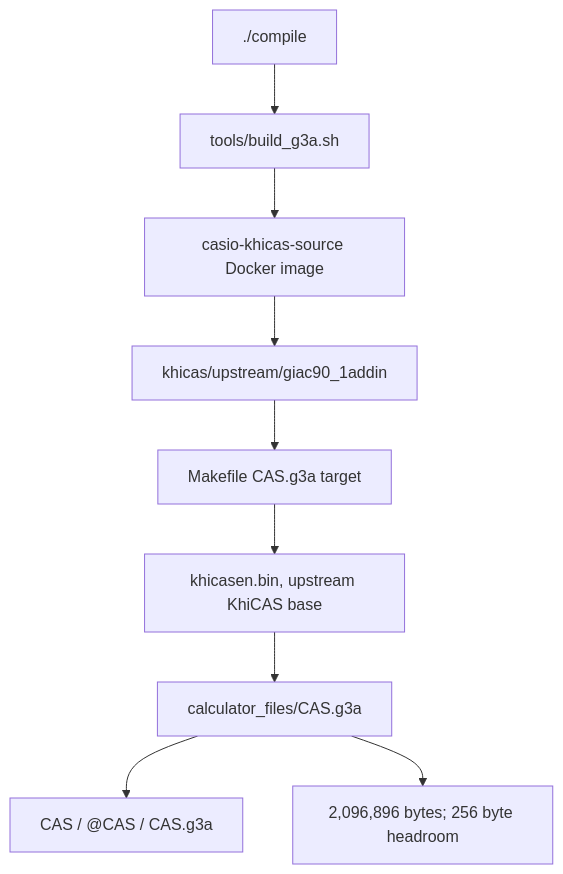
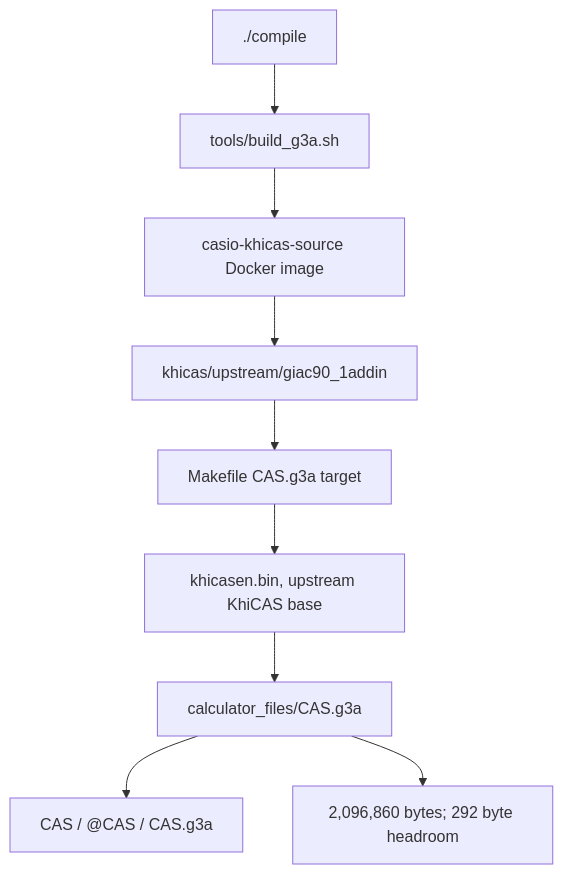
The first of 5 diagrams in docs/GRAPH.md (james8464/notes-addin-casio-fx-cg50), drawn with Mermaid before and after one commit. The commit also changed other lines of this file and 4 other files, not shown here.

````diff
--- a/docs/GRAPH.md
+++ b/docs/GRAPH.md
@@ -7,11 +7,11 @@
 ```mermaid
 graph TD
   Compile["./compile"] --> Build["tools/build_g3a.sh"]
   Build --> Docker["casio-khicas-source Docker image"]
   Docker --> Src["khicas/upstream/giac90_1addin"]
   Src --> Make["Makefile CAS.g3a target"]
   Make --> Bin["khicasen.bin, upstream KhiCAS base"]
   Bin --> G3A["calculator_files/CAS.g3a"]
   G3A --> Meta["CAS / @CAS / CAS.g3a"]
-  G3A --> Size["2,096,896 bytes; 256 byte headroom"]
+  G3A --> Size["2,096,860 bytes; 292 byte headroom"]
 ```
````
